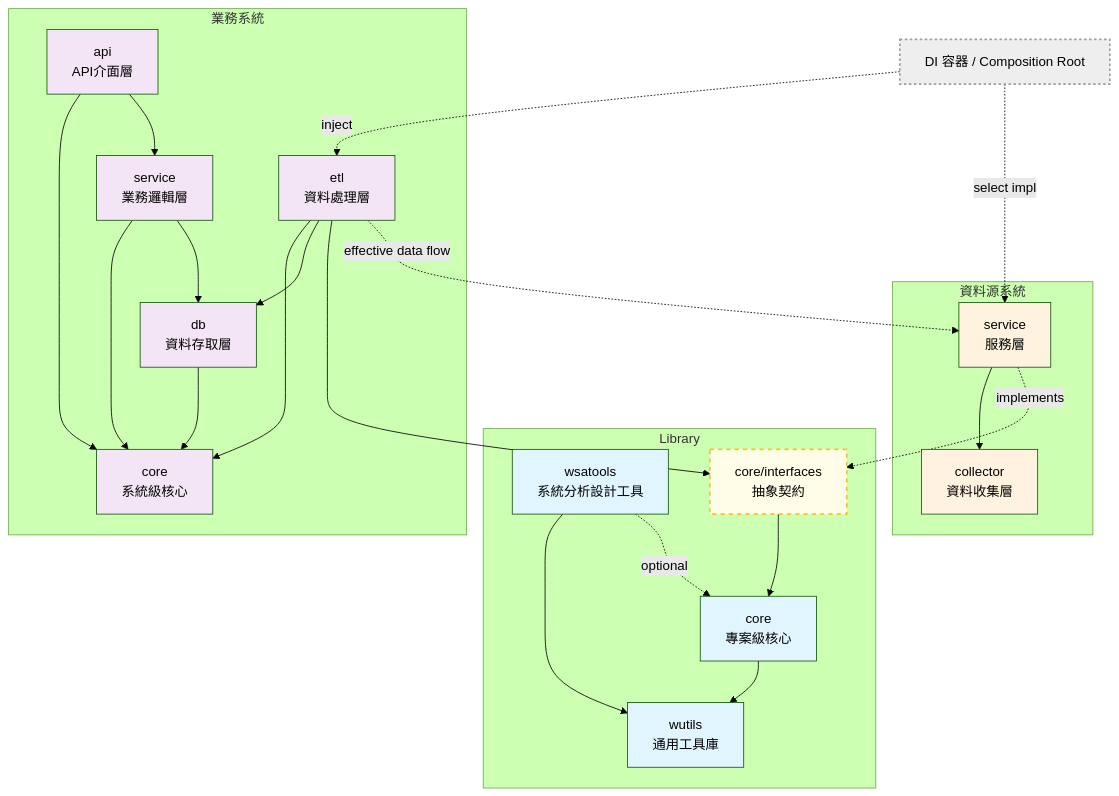
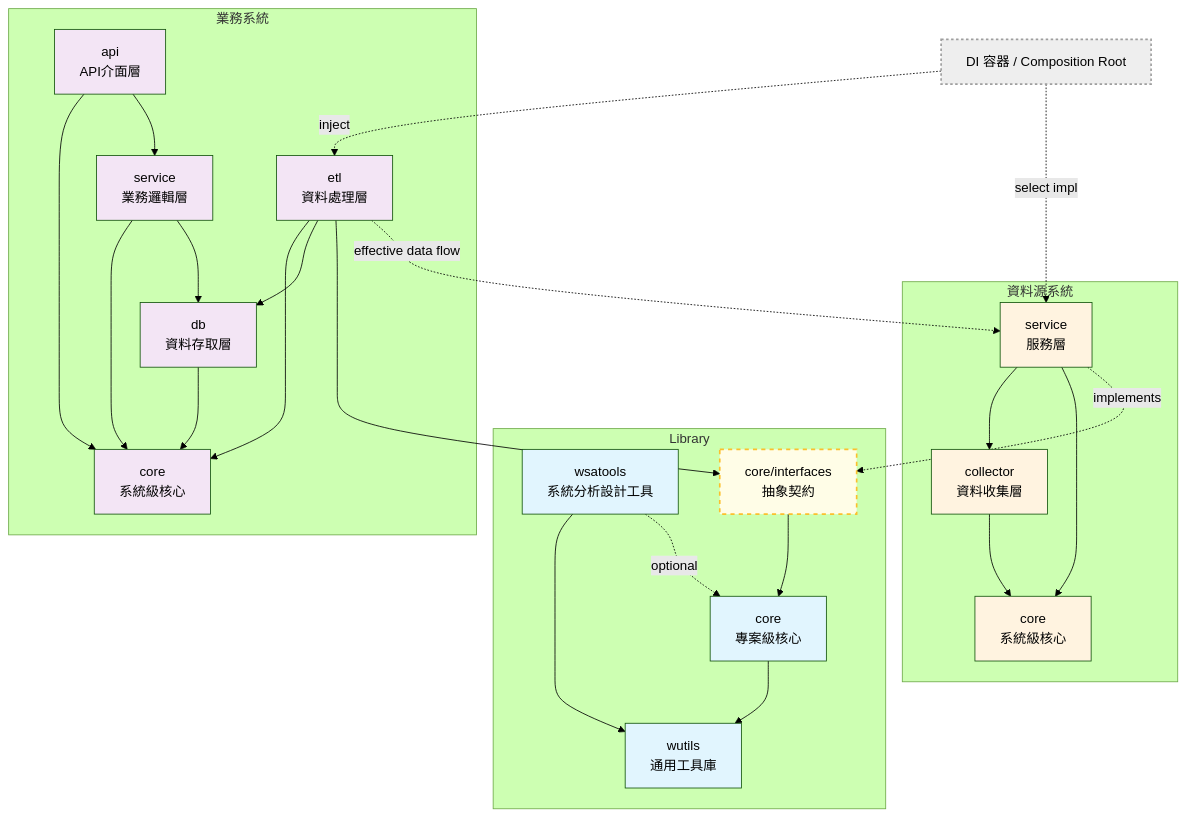
The diagram in docs/PROJECT_DESIGN.md (Wanini0209/wBiSaProj), drawn with Mermaid (forest theme) before and after one commit. The commit also changed other lines of this file and 1 other file, not shown here.

````diff
--- a/docs/PROJECT_DESIGN.md
+++ b/docs/PROJECT_DESIGN.md
@@ -132,63 +135,66 @@
 ```mermaid
 graph TD
     %% === Library ===
     subgraph "Library"
         wutils[wutils<br/>通用工具庫]
         core[core<br/>專案級核心]
         wsatools[wsatools<br/>系統分析設計工具]
         core --> wutils
         wsatools --> wutils
         wsatools -.->|optional| core
 
         core_interfaces[core/interfaces<br/>抽象契約]:::abstract
         core_interfaces --> core
     end
 
     %% === 資料源系統 ===
     subgraph "資料源系統"
+        ds_core[core<br/>系統級核心]
         ds_collector[collector<br/>資料收集層]
         ds_service[service<br/>服務層]
         ds_service --> ds_collector
+        ds_collector --> ds_core
+        ds_service --> ds_core
         ds_service -.->|implements| core_interfaces
     end
 
     %% === 業務系統 ===
     subgraph "業務系統"
         bs_core[core<br/>系統級核心]
         bs_etl[etl<br/>資料處理層]
         bs_db[db<br/>資料存取層]
         bs_service[service<br/>業務邏輯層]
         bs_api[api<br/>API介面層]
 
         bs_etl --> bs_core
         bs_etl --> bs_db
         bs_db --> bs_core
         bs_service --> bs_core
         bs_service --> bs_db
         bs_api --> bs_core
         bs_api --> bs_service
     end
 
     %% 關鍵跨系統依賴：
     bs_etl --> core_interfaces
 
     %% bs_etl --> ds_service (為表示"有效資料流"，保留此線條，但其本質已被DIP取代)
     bs_etl -.->|effective data flow| ds_service
 
 
     %% 執行期綁定（僅作提示）
     DI[DI 容器 / Composition Root]:::runtime
     DI -.->|inject| bs_etl
     DI -.->|select impl| ds_service
 
     %% 樣式
     classDef library fill:#e1f5fe
     classDef datasource fill:#fff3e0
     classDef business fill:#f3e5f5
     classDef abstract fill:#fffde7,stroke:#fbc02d,stroke-width:2px,stroke-dasharray: 5 5
     classDef runtime fill:#eeeeee,stroke:#9e9e9e,stroke-width:2px,stroke-dasharray: 3
 
     class wutils,core,wsatools library
-    class ds_collector,ds_service datasource
+    class ds_core,ds_collector,ds_service datasource
     class bs_core,bs_etl,bs_db,bs_service,bs_api business
 ```
````
